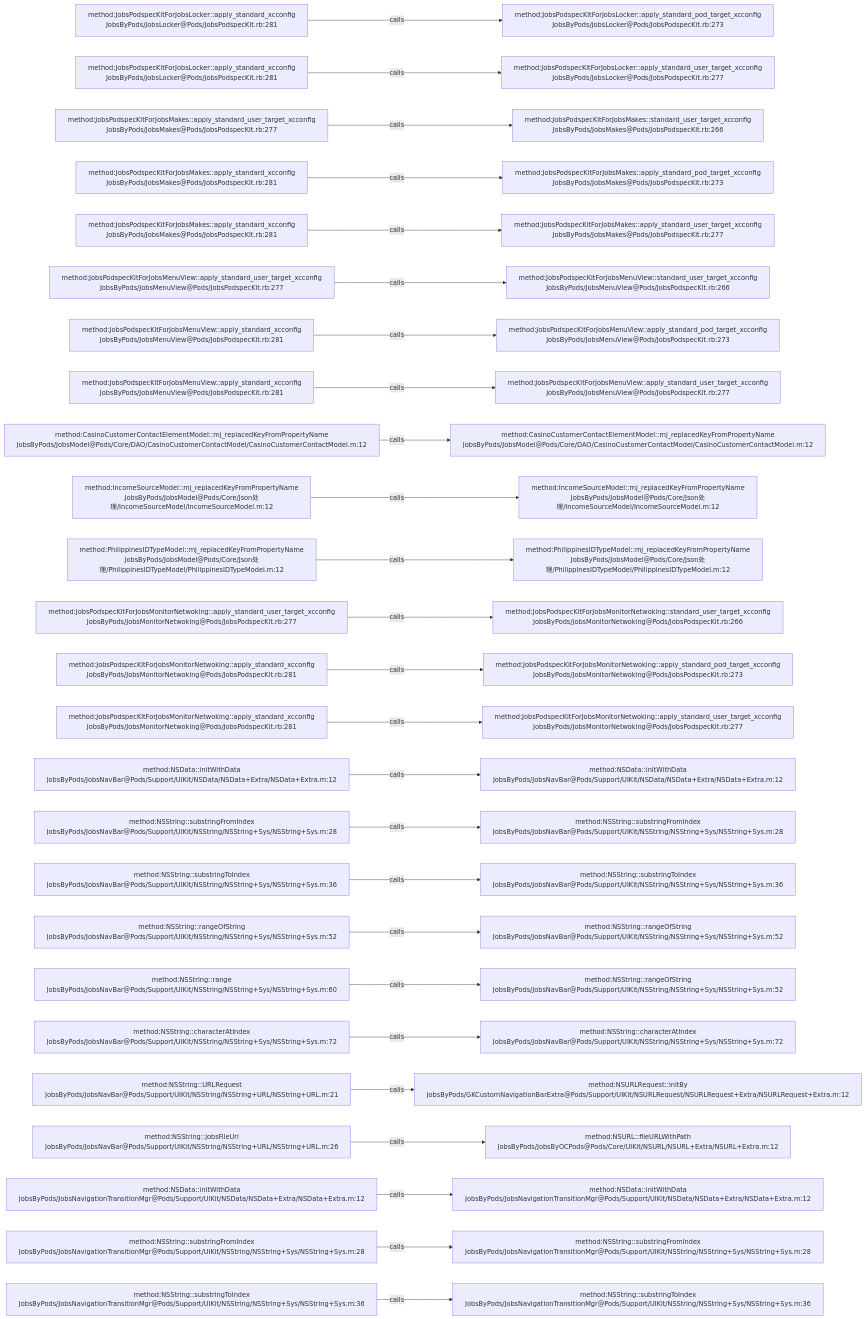
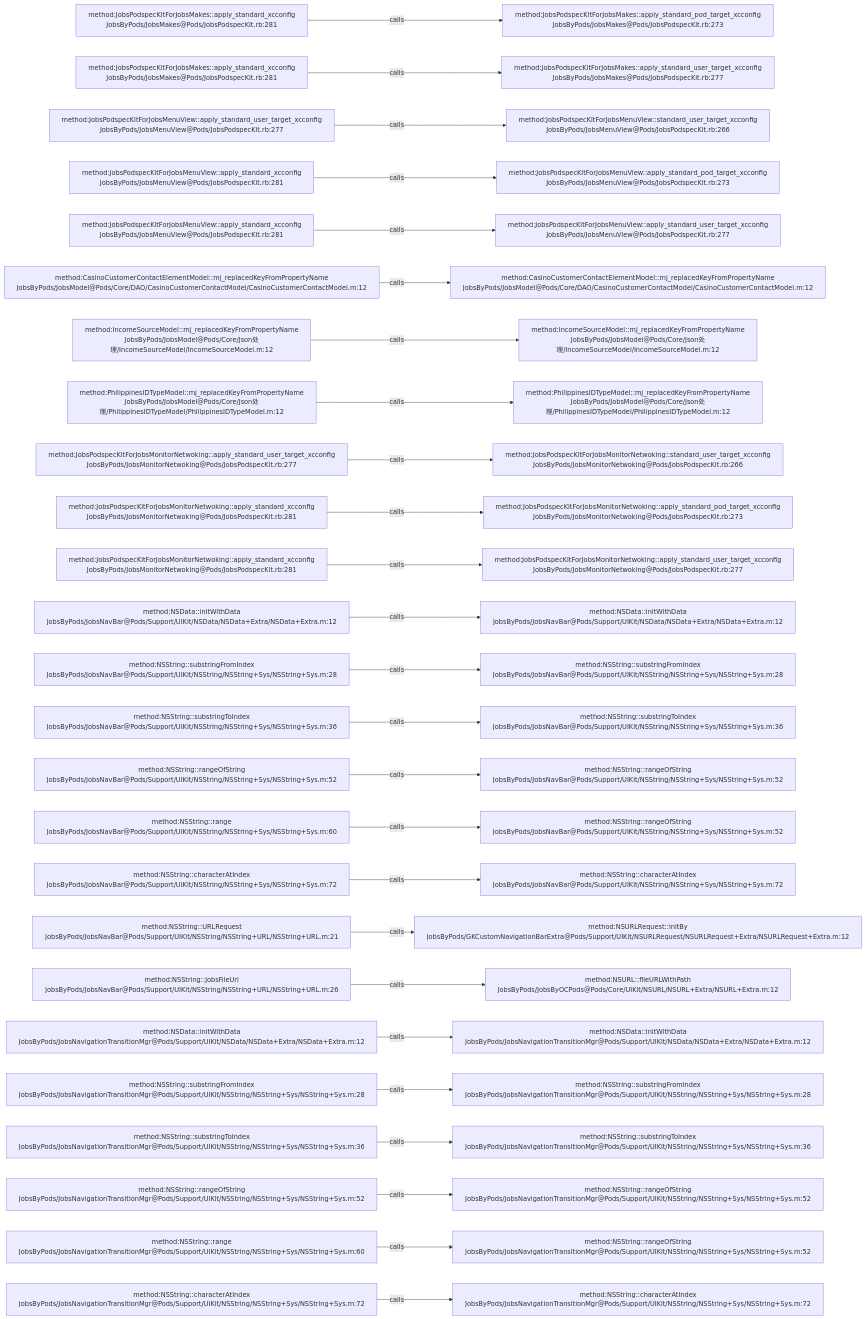
The diagram in .codegraph/codegraph.md/graphs/calls-010.md (JobsKits/JobsOCBaseConfigDemo), drawn with Mermaid before and after one commit. The commit also changed 727 other files, not shown here.

````diff
--- a/.codegraph/codegraph.md/graphs/calls-010.md
+++ b/.codegraph/codegraph.md/graphs/calls-010.md
@@ -13,78 +13,78 @@
 ```mermaid
 flowchart LR
-  S1["method:JobsPodspecKitForJobsLocker::apply_standard_xcconfig<br/>JobsByPods/JobsLocker@Pods/JobsPodspecKit.rb:281"]
-  T1["method:JobsPodspecKitForJobsLocker::apply_standard_pod_target_xcconfig<br/>JobsByPods/JobsLocker@Pods/JobsPodspecKit.rb:273"]
+  S1["method:JobsPodspecKitForJobsMakes::apply_standard_xcconfig<br/>JobsByPods/JobsMakes@Pods/JobsPodspecKit.rb:281"]
+  T1["method:JobsPodspecKitForJobsMakes::apply_standard_pod_target_xcconfig<br/>JobsByPods/JobsMakes@Pods/JobsPodspecKit.rb:273"]
   S1 -->|calls| T1
-  S2["method:JobsPodspecKitForJobsLocker::apply_standard_xcconfig<br/>JobsByPods/JobsLocker@Pods/JobsPodspecKit.rb:281"]
-  T2["method:JobsPodspecKitForJobsLocker::apply_standard_user_target_xcconfig<br/>JobsByPods/JobsLocker@Pods/JobsPodspecKit.rb:277"]
+  S2["method:JobsPodspecKitForJobsMakes::apply_standard_xcconfig<br/>JobsByPods/JobsMakes@Pods/JobsPodspecKit.rb:281"]
+  T2["method:JobsPodspecKitForJobsMakes::apply_standard_user_target_xcconfig<br/>JobsByPods/JobsMakes@Pods/JobsPodspecKit.rb:277"]
   S2 -->|calls| T2
-  S3["method:JobsPodspecKitForJobsMakes::apply_standard_user_target_xcconfig<br/>JobsByPods/JobsMakes@Pods/JobsPodspecKit.rb:277"]
-  T3["method:JobsPodspecKitForJobsMakes::standard_user_target_xcconfig<br/>JobsByPods/JobsMakes@Pods/JobsPodspecKit.rb:266"]
+  S3["method:JobsPodspecKitForJobsMenuView::apply_standard_user_target_xcconfig<br/>JobsByPods/JobsMenuView@Pods/JobsPodspecKit.rb:277"]
+  T3["method:JobsPodspecKitForJobsMenuView::standard_user_target_xcconfig<br/>JobsByPods/JobsMenuView@Pods/JobsPodspecKit.rb:266"]
   S3 -->|calls| T3
-  S4["method:JobsPodspecKitForJobsMakes::apply_standard_xcconfig<br/>JobsByPods/JobsMakes@Pods/JobsPodspecKit.rb:281"]
-  T4["method:JobsPodspecKitForJobsMakes::apply_standard_pod_target_xcconfig<br/>JobsByPods/JobsMakes@Pods/JobsPodspecKit.rb:273"]
+  S4["method:JobsPodspecKitForJobsMenuView::apply_standard_xcconfig<br/>JobsByPods/JobsMenuView@Pods/JobsPodspecKit.rb:281"]
+  T4["method:JobsPodspecKitForJobsMenuView::apply_standard_pod_target_xcconfig<br/>JobsByPods/JobsMenuView@Pods/JobsPodspecKit.rb:273"]
   S4 -->|calls| T4
-  S5["method:JobsPodspecKitForJobsMakes::apply_standard_xcconfig<br/>JobsByPods/JobsMakes@Pods/JobsPodspecKit.rb:281"]
-  T5["method:JobsPodspecKitForJobsMakes::apply_standard_user_target_xcconfig<br/>JobsByPods/JobsMakes@Pods/JobsPodspecKit.rb:277"]
+  S5["method:JobsPodspecKitForJobsMenuView::apply_standard_xcconfig<br/>JobsByPods/JobsMenuView@Pods/JobsPodspecKit.rb:281"]
+  T5["method:JobsPodspecKitForJobsMenuView::apply_standard_user_target_xcconfig<br/>JobsByPods/JobsMenuView@Pods/JobsPodspecKit.rb:277"]
   S5 -->|calls| T5
-  S6["method:JobsPodspecKitForJobsMenuView::apply_standard_user_target_xcconfig<br/>JobsByPods/JobsMenuView@Pods/JobsPodspecKit.rb:277"]
-  T6["method:JobsPodspecKitForJobsMenuView::standard_user_target_xcconfig<br/>JobsByPods/JobsMenuView@Pods/JobsPodspecKit.rb:266"]
+  S6["method:CasinoCustomerContactElementModel::mj_replacedKeyFromPropertyName<br/>JobsByPods/JobsModel@Pods/Core/DAO/CasinoCustomerContactModel/CasinoCustomerContactModel.m:12"]
+  T6["method:CasinoCustomerContactElementModel::mj_replacedKeyFromPropertyName<br/>JobsByPods/JobsModel@Pods/Core/DAO/CasinoCustomerContactModel/CasinoCustomerContactModel.m:12"]
   S6 -->|calls| T6
-  S7["method:JobsPodspecKitForJobsMenuView::apply_standard_xcconfig<br/>JobsByPods/JobsMenuView@Pods/JobsPodspecKit.rb:281"]
-  T7["method:JobsPodspecKitForJobsMenuView::apply_standard_pod_target_xcconfig<br/>JobsByPods/JobsMenuView@Pods/JobsPodspecKit.rb:273"]
+  S7["method:IncomeSourceModel::mj_replacedKeyFromPropertyName<br/>JobsByPods/JobsModel@Pods/Core/Json处理/IncomeSourceModel/IncomeSourceModel.m:12"]
+  T7["method:IncomeSourceModel::mj_replacedKeyFromPropertyName<br/>JobsByPods/JobsModel@Pods/Core/Json处理/IncomeSourceModel/IncomeSourceModel.m:12"]
   S7 -->|calls| T7
-  S8["method:JobsPodspecKitForJobsMenuView::apply_standard_xcconfig<br/>JobsByPods/JobsMenuView@Pods/JobsPodspecKit.rb:281"]
-  T8["method:JobsPodspecKitForJobsMenuView::apply_standard_user_target_xcconfig<br/>JobsByPods/JobsMenuView@Pods/JobsPodspecKit.rb:277"]
+  S8["method:PhilippinesIDTypeModel::mj_replacedKeyFromPropertyName<br/>JobsByPods/JobsModel@Pods/Core/Json处理/PhilippinesIDTypeModel/PhilippinesIDTypeModel.m:12"]
+  T8["method:PhilippinesIDTypeModel::mj_replacedKeyFromPropertyName<br/>JobsByPods/JobsModel@Pods/Core/Json处理/PhilippinesIDTypeModel/PhilippinesIDTypeModel.m:12"]
   S8 -->|calls| T8
-  S9["method:CasinoCustomerContactElementModel::mj_replacedKeyFromPropertyName<br/>JobsByPods/JobsModel@Pods/Core/DAO/CasinoCustomerContactModel/CasinoCustomerContactModel.m:12"]
-  T9["method:CasinoCustomerContactElementModel::mj_replacedKeyFromPropertyName<br/>JobsByPods/JobsModel@Pods/Core/DAO/CasinoCustomerContactModel/CasinoCustomerContactModel.m:12"]
+  S9["method:JobsPodspecKitForJobsMonitorNetwoking::apply_standard_user_target_xcconfig<br/>JobsByPods/JobsMonitorNetwoking@Pods/JobsPodspecKit.rb:277"]
+  T9["method:JobsPodspecKitForJobsMonitorNetwoking::standard_user_target_xcconfig<br/>JobsByPods/JobsMonitorNetwoking@Pods/JobsPodspecKit.rb:266"]
   S9 -->|calls| T9
-  S10["method:IncomeSourceModel::mj_replacedKeyFromPropertyName<br/>JobsByPods/JobsModel@Pods/Core/Json处理/IncomeSourceModel/IncomeSourceModel.m:12"]
-  T10["method:IncomeSourceModel::mj_replacedKeyFromPropertyName<br/>JobsByPods/JobsModel@Pods/Core/Json处理/IncomeSourceModel/IncomeSourceModel.m:12"]
+  S10["method:JobsPodspecKitForJobsMonitorNetwoking::apply_standard_xcconfig<br/>JobsByPods/JobsMonitorNetwoking@Pods/JobsPodspecKit.rb:281"]
+  T10["method:JobsPodspecKitForJobsMonitorNetwoking::apply_standard_pod_target_xcconfig<br/>JobsByPods/JobsMonitorNetwoking@Pods/JobsPodspecKit.rb:273"]
   S10 -->|calls| T10
-  S11["method:PhilippinesIDTypeModel::mj_replacedKeyFromPropertyName<br/>JobsByPods/JobsModel@Pods/Core/Json处理/PhilippinesIDTypeModel/PhilippinesIDTypeModel.m:12"]
-  T11["method:PhilippinesIDTypeModel::mj_replacedKeyFromPropertyName<br/>JobsByPods/JobsModel@Pods/Core/Json处理/PhilippinesIDTypeModel/PhilippinesIDTypeModel.m:12"]
+  S11["method:JobsPodspecKitForJobsMonitorNetwoking::apply_standard_xcconfig<br/>JobsByPods/JobsMonitorNetwoking@Pods/JobsPodspecKit.rb:281"]
+  T11["method:JobsPodspecKitForJobsMonitorNetwoking::apply_standard_user_target_xcconfig<br/>JobsByPods/JobsMonitorNetwoking@Pods/JobsPodspecKit.rb:277"]
   S11 -->|calls| T11
-  S12["method:JobsPodspecKitForJobsMonitorNetwoking::apply_standard_user_target_xcconfig<br/>JobsByPods/JobsMonitorNetwoking@Pods/JobsPodspecKit.rb:277"]
-  T12["method:JobsPodspecKitForJobsMonitorNetwoking::standard_user_target_xcconfig<br/>JobsByPods/JobsMonitorNetwoking@Pods/JobsPodspecKit.rb:266"]
+  S12["method:NSData::initWithData<br/>JobsByPods/JobsNavBar@Pods/Support/UIKit/NSData/NSData+Extra/NSData+Extra.m:12"]
+  T12["method:NSData::initWithData<br/>JobsByPods/JobsNavBar@Pods/Support/UIKit/NSData/NSData+Extra/NSData+Extra.m:12"]
   S12 -->|calls| T12
-  S13["method:JobsPodspecKitForJobsMonitorNetwoking::apply_standard_xcconfig<br/>JobsByPods/JobsMonitorNetwoking@Pods/JobsPodspecKit.rb:281"]
-  T13["method:JobsPodspecKitForJobsMonitorNetwoking::apply_standard_pod_target_xcconfig<br/>JobsByPods/JobsMonitorNetwoking@Pods/JobsPodspecKit.rb:273"]
+  S13["method:NSString::substringFromIndex<br/>JobsByPods/JobsNavBar@Pods/Support/UIKit/NSString/NSString+Sys/NSString+Sys.m:28"]
+  T13["method:NSString::substringFromIndex<br/>JobsByPods/JobsNavBar@Pods/Support/UIKit/NSString/NSString+Sys/NSString+Sys.m:28"]
   S13 -->|calls| T13
-  S14["method:JobsPodspecKitForJobsMonitorNetwoking::apply_standard_xcconfig<br/>JobsByPods/JobsMonitorNetwoking@Pods/JobsPodspecKit.rb:281"]
-  T14["method:JobsPodspecKitForJobsMonitorNetwoking::apply_standard_user_target_xcconfig<br/>JobsByPods/JobsMonitorNetwoking@Pods/JobsPodspecKit.rb:277"]
+  S14["method:NSString::substringToIndex<br/>JobsByPods/JobsNavBar@Pods/Support/UIKit/NSString/NSString+Sys/NSString+Sys.m:36"]
+  T14["method:NSString::substringToIndex<br/>JobsByPods/JobsNavBar@Pods/Support/UIKit/NSString/NSString+Sys/NSString+Sys.m:36"]
   S14 -->|calls| T14
-  S15["method:NSData::initWithData<br/>JobsByPods/JobsNavBar@Pods/Support/UIKit/NSData/NSData+Extra/NSData+Extra.m:12"]
-  T15["method:NSData::initWithData<br/>JobsByPods/JobsNavBar@Pods/Support/UIKit/NSData/NSData+Extra/NSData+Extra.m:12"]
+  S15["method:NSString::rangeOfString<br/>JobsByPods/JobsNavBar@Pods/Support/UIKit/NSString/NSString+Sys/NSString+Sys.m:52"]
+  T15["method:NSString::rangeOfString<br/>JobsByPods/JobsNavBar@Pods/Support/UIKit/NSString/NSString+Sys/NSString+Sys.m:52"]
   S15 -->|calls| T15
-  S16["method:NSString::substringFromIndex<br/>JobsByPods/JobsNavBar@Pods/Support/UIKit/NSString/NSString+Sys/NSString+Sys.m:28"]
-  T16["method:NSString::substringFromIndex<br/>JobsByPods/JobsNavBar@Pods/Support/UIKit/NSString/NSString+Sys/NSString+Sys.m:28"]
+  S16["method:NSString::range<br/>JobsByPods/JobsNavBar@Pods/Support/UIKit/NSString/NSString+Sys/NSString+Sys.m:60"]
+  T16["method:NSString::rangeOfString<br/>JobsByPods/JobsNavBar@Pods/Support/UIKit/NSString/NSString+Sys/NSString+Sys.m:52"]
   S16 -->|calls| T16
-  S17["method:NSString::substringToIndex<br/>JobsByPods/JobsNavBar@Pods/Support/UIKit/NSString/NSString+Sys/NSString+Sys.m:36"]
-  T17["method:NSString::substringToIndex<br/>JobsByPods/JobsNavBar@Pods/Support/UIKit/NSString/NSString+Sys/NSString+Sys.m:36"]
+  S17["method:NSString::characterAtIndex<br/>JobsByPods/JobsNavBar@Pods/Support/UIKit/NSString/NSString+Sys/NSString+Sys.m:72"]
+  T17["method:NSString::characterAtIndex<br/>JobsByPods/JobsNavBar@Pods/Support/UIKit/NSString/NSString+Sys/NSString+Sys.m:72"]
   S17 -->|calls| T17
-  S18["method:NSString::rangeOfString<br/>JobsByPods/JobsNavBar@Pods/Support/UIKit/NSString/NSString+Sys/NSString+Sys.m:52"]
-  T18["method:NSString::rangeOfString<br/>JobsByPods/JobsNavBar@Pods/Support/UIKit/NSString/NSString+Sys/NSString+Sys.m:52"]
+  S18["method:NSString::URLRequest<br/>JobsByPods/JobsNavBar@Pods/Support/UIKit/NSString/NSString+URL/NSString+URL.m:21"]
+  T18["method:NSURLRequest::initBy<br/>JobsByPods/GKCustomNavigationBarExtra@Pods/Support/UIKit/NSURLRequest/NSURLRequest+Extra/NSURLRequest+Extra.m:12"]
   S18 -->|calls| T18
-  S19["method:NSString::range<br/>JobsByPods/JobsNavBar@Pods/Support/UIKit/NSString/NSString+Sys/NSString+Sys.m:60"]
-  T19["method:NSString::rangeOfString<br/>JobsByPods/JobsNavBar@Pods/Support/UIKit/NSString/NSString+Sys/NSString+Sys.m:52"]
+  S19["method:NSString::jobsFileUrl<br/>JobsByPods/JobsNavBar@Pods/Support/UIKit/NSString/NSString+URL/NSString+URL.m:26"]
+  T19["method:NSURL::fileURLWithPath<br/>JobsByPods/JobsByOCPods@Pods/Core/UIKit/NSURL/NSURL+Extra/NSURL+Extra.m:12"]
   S19 -->|calls| T19
-  S20["method:NSString::characterAtIndex<br/>JobsByPods/JobsNavBar@Pods/Support/UIKit/NSString/NSString+Sys/NSString+Sys.m:72"]
-  T20["method:NSString::characterAtIndex<br/>JobsByPods/JobsNavBar@Pods/Support/UIKit/NSString/NSString+Sys/NSString+Sys.m:72"]
+  S20["method:NSData::initWithData<br/>JobsByPods/JobsNavigationTransitionMgr@Pods/Support/UIKit/NSData/NSData+Extra/NSData+Extra.m:12"]
+  T20["method:NSData::initWithData<br/>JobsByPods/JobsNavigationTransitionMgr@Pods/Support/UIKit/NSData/NSData+Extra/NSData+Extra.m:12"]
   S20 -->|calls| T20
-  S21["method:NSString::URLRequest<br/>JobsByPods/JobsNavBar@Pods/Support/UIKit/NSString/NSString+URL/NSString+URL.m:21"]
-  T21["method:NSURLRequest::initBy<br/>JobsByPods/GKCustomNavigationBarExtra@Pods/Support/UIKit/NSURLRequest/NSURLRequest+Extra/NSURLRequest+Extra.m:12"]
+  S21["method:NSString::substringFromIndex<br/>JobsByPods/JobsNavigationTransitionMgr@Pods/Support/UIKit/NSString/NSString+Sys/NSString+Sys.m:28"]
+  T21["method:NSString::substringFromIndex<br/>JobsByPods/JobsNavigationTransitionMgr@Pods/Support/UIKit/NSString/NSString+Sys/NSString+Sys.m:28"]
   S21 -->|calls| T21
-  S22["method:NSString::jobsFileUrl<br/>JobsByPods/JobsNavBar@Pods/Support/UIKit/NSString/NSString+URL/NSString+URL.m:26"]
-  T22["method:NSURL::fileURLWithPath<br/>JobsByPods/JobsByOCPods@Pods/Core/UIKit/NSURL/NSURL+Extra/NSURL+Extra.m:12"]
+  S22["method:NSString::substringToIndex<br/>JobsByPods/JobsNavigationTransitionMgr@Pods/Support/UIKit/NSString/NSString+Sys/NSString+Sys.m:36"]
+  T22["method:NSString::substringToIndex<br/>JobsByPods/JobsNavigationTransitionMgr@Pods/Support/UIKit/NSString/NSString+Sys/NSString+Sys.m:36"]
   S22 -->|calls| T22
-  S23["method:NSData::initWithData<br/>JobsByPods/JobsNavigationTransitionMgr@Pods/Support/UIKit/NSData/NSData+Extra/NSData+Extra.m:12"]
-  T23["method:NSData::initWithData<br/>JobsByPods/JobsNavigationTransitionMgr@Pods/Support/UIKit/NSData/NSData+Extra/NSData+Extra.m:12"]
+  S23["method:NSString::rangeOfString<br/>JobsByPods/JobsNavigationTransitionMgr@Pods/Support/UIKit/NSString/NSString+Sys/NSString+Sys.m:52"]
+  T23["method:NSString::rangeOfString<br/>JobsByPods/JobsNavigationTransitionMgr@Pods/Support/UIKit/NSString/NSString+Sys/NSString+Sys.m:52"]
   S23 -->|calls| T23
-  S24["method:NSString::substringFromIndex<br/>JobsByPods/JobsNavigationTransitionMgr@Pods/Support/UIKit/NSString/NSString+Sys/NSString+Sys.m:28"]
-  T24["method:NSString::substringFromIndex<br/>JobsByPods/JobsNavigationTransitionMgr@Pods/Support/UIKit/NSString/NSString+Sys/NSString+Sys.m:28"]
+  S24["method:NSString::range<br/>JobsByPods/JobsNavigationTransitionMgr@Pods/Support/UIKit/NSString/NSString+Sys/NSString+Sys.m:60"]
+  T24["method:NSString::rangeOfString<br/>JobsByPods/JobsNavigationTransitionMgr@Pods/Support/UIKit/NSString/NSString+Sys/NSString+Sys.m:52"]
   S24 -->|calls| T24
-  S25["method:NSString::substringToIndex<br/>JobsByPods/JobsNavigationTransitionMgr@Pods/Support/UIKit/NSString/NSString+Sys/NSString+Sys.m:36"]
-  T25["method:NSString::substringToIndex<br/>JobsByPods/JobsNavigationTransitionMgr@Pods/Support/UIKit/NSString/NSString+Sys/NSString+Sys.m:36"]
+  S25["method:NSString::characterAtIndex<br/>JobsByPods/JobsNavigationTransitionMgr@Pods/Support/UIKit/NSString/NSString+Sys/NSString+Sys.m:72"]
+  T25["method:NSString::characterAtIndex<br/>JobsByPods/JobsNavigationTransitionMgr@Pods/Support/UIKit/NSString/NSString+Sys/NSString+Sys.m:72"]
   S25 -->|calls| T25
 ```
````
